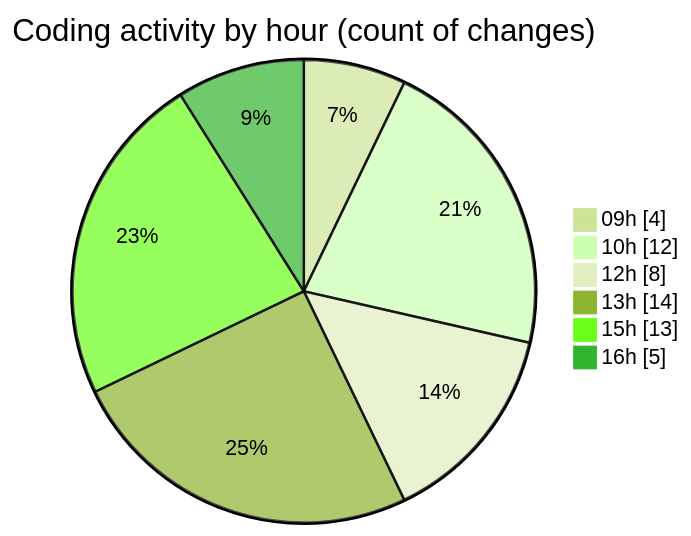
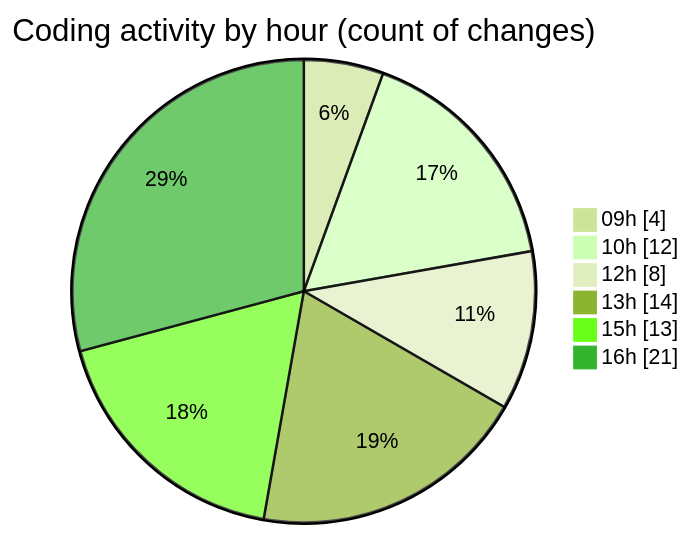
One commit to nxtqubesakshisongat/code-tracking changed the second of 2 diagrams in 2025-05-19/nxtqube_webapp/README.md. Above: the diagram before and after it, drawn with Mermaid (forest theme). The commit also changed other lines of this file and 1 other file, not shown here.

````diff
--- a/2025-05-19/nxtqube_webapp/README.md
+++ b/2025-05-19/nxtqube_webapp/README.md
@@ -37,10 +37,10 @@
 ```mermaid
 pie showData
 title Coding activity by hour (count of changes)
 "09h" : 4
 "10h" : 12
 "12h" : 8
 "13h" : 14
 "15h" : 13
-"16h" : 5
+"16h" : 21
 ```
````
